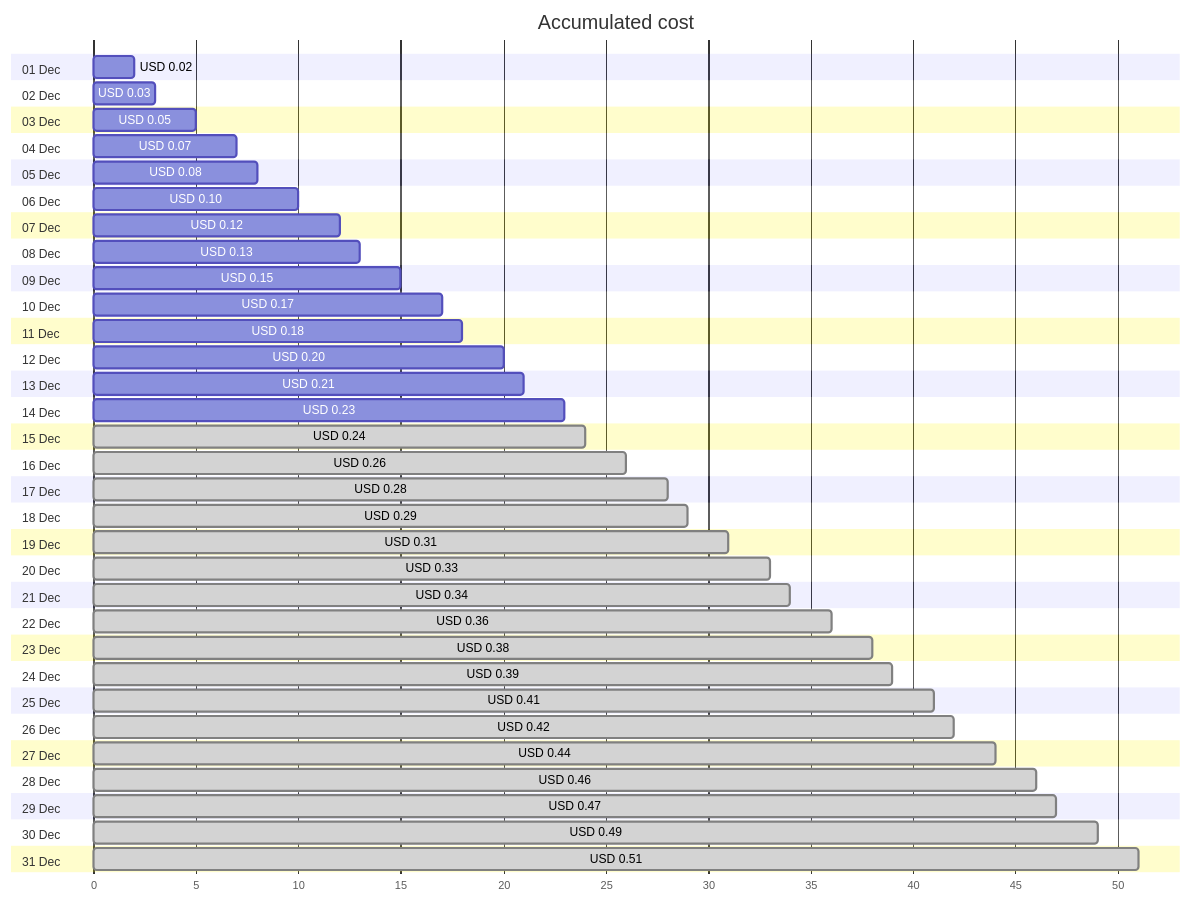
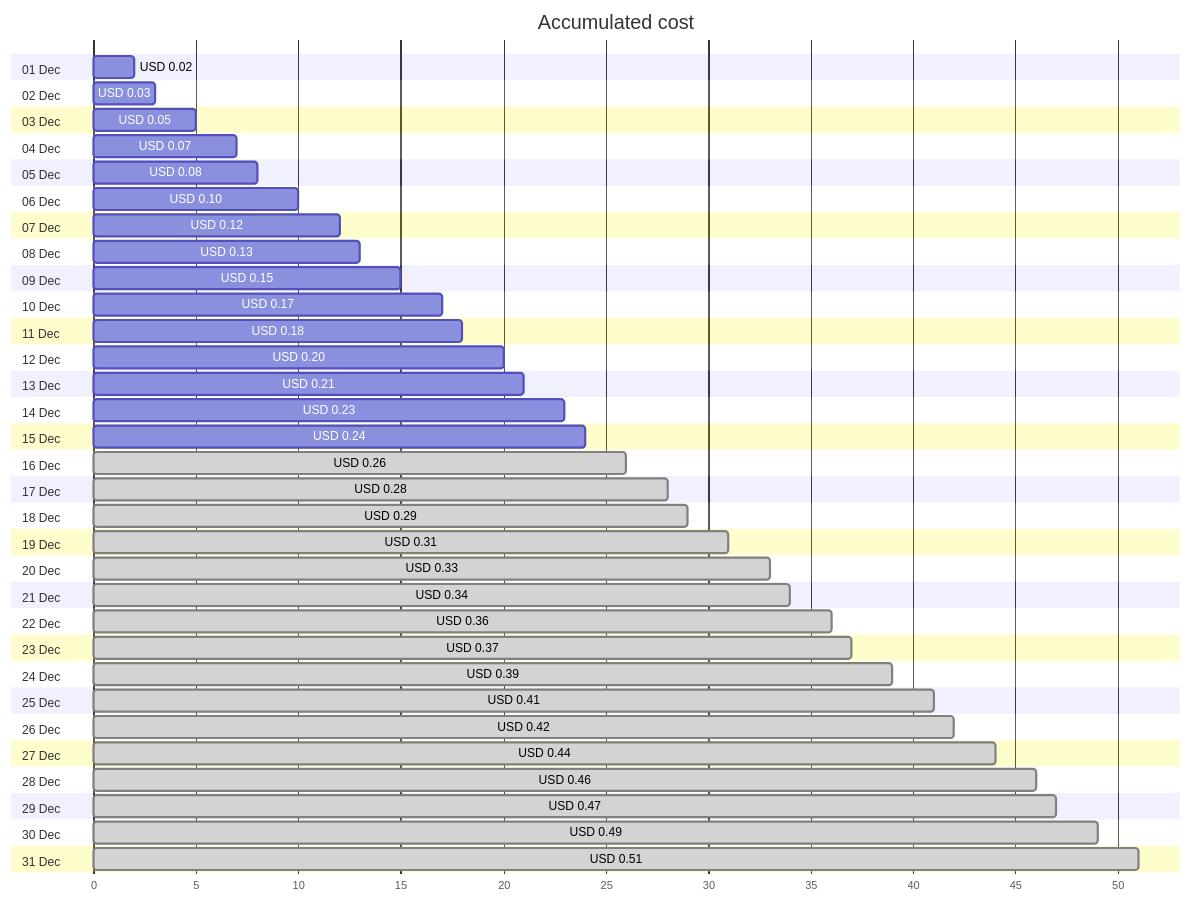
One commit to jpfulton/azure-personal-reports changed the first of 4 diagrams in cost-reports/personal-dns/jpatrickfulton.dev.md. Above: the diagram before and after it, drawn with Mermaid. The commit also changed other lines of this file and 2 other files, not shown here.

````diff
--- a/cost-reports/personal-dns/jpatrickfulton.dev.md
+++ b/cost-reports/personal-dns/jpatrickfulton.dev.md
@@ -20,68 +20,68 @@
 ```mermaid
 gantt
    title Accumulated cost
    dateFormat  X
    axisFormat %s
    section 01 Dec
    USD 0.02 :0, 2
    section 02 Dec
    USD 0.03 :0, 3
    section 03 Dec
    USD 0.05 :0, 5
    section 04 Dec
    USD 0.07 :0, 7
    section 05 Dec
    USD 0.08 :0, 8
    section 06 Dec
    USD 0.10 :0, 10
    section 07 Dec
    USD 0.12 :0, 12
    section 08 Dec
    USD 0.13 :0, 13
    section 09 Dec
    USD 0.15 :0, 15
    section 10 Dec
    USD 0.17 :0, 17
    section 11 Dec
    USD 0.18 :0, 18
    section 12 Dec
    USD 0.20 :0, 20
    section 13 Dec
    USD 0.21 :0, 21
    section 14 Dec
    USD 0.23 :0, 23
    section 15 Dec
-   USD 0.24 : done, 0, 24
+   USD 0.24 :0, 24
    section 16 Dec
    USD 0.26 : done, 0, 26
    section 17 Dec
    USD 0.28 : done, 0, 28
    section 18 Dec
    USD 0.29 : done, 0, 29
    section 19 Dec
    USD 0.31 : done, 0, 31
    section 20 Dec
    USD 0.33 : done, 0, 33
    section 21 Dec
    USD 0.34 : done, 0, 34
    section 22 Dec
    USD 0.36 : done, 0, 36
    section 23 Dec
-   USD 0.38 : done, 0, 38
+   USD 0.37 : done, 0, 37
    section 24 Dec
    USD 0.39 : done, 0, 39
    section 25 Dec
    USD 0.41 : done, 0, 41
    section 26 Dec
    USD 0.42 : done, 0, 42
    section 27 Dec
    USD 0.44 : done, 0, 44
    section 28 Dec
    USD 0.46 : done, 0, 46
    section 29 Dec
    USD 0.47 : done, 0, 47
    section 30 Dec
    USD 0.49 : done, 0, 49
    section 31 Dec
    USD 0.51 : done, 0, 51
 ```
````
